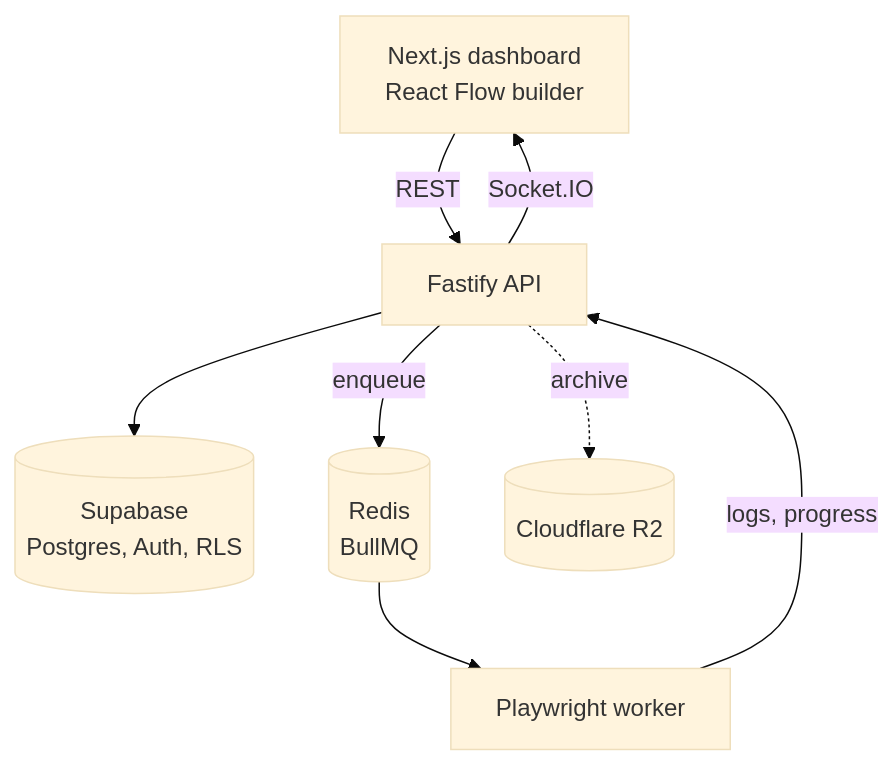
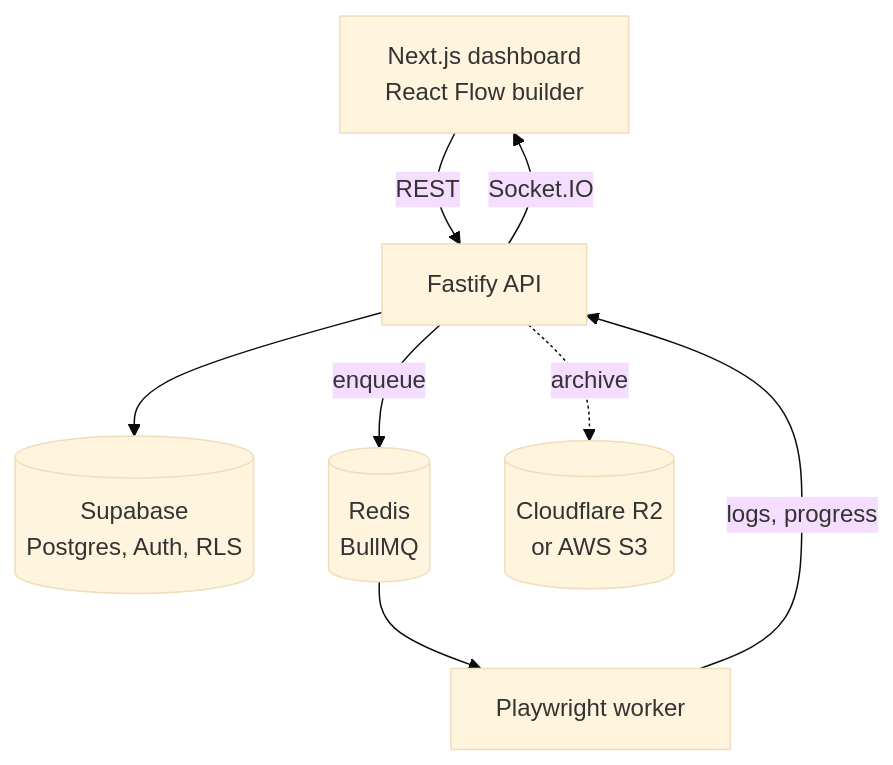
One commit to Exalt24/autoflow-pro changed the diagram in README.md. Above: the diagram before and after it, drawn with Mermaid (base theme). The commit also changed other lines of this file and 3 other files, not shown here.

````diff
--- a/README.md
+++ b/README.md
@@ -27,10 +27,10 @@
 ```mermaid
 flowchart TD
     UI["Next.js dashboard<br/>React Flow builder"] -- "REST" --> API["Fastify API"]
     API --> DB[("Supabase<br/>Postgres, Auth, RLS")]
     API -- "enqueue" --> Q[("Redis<br/>BullMQ")]
     Q --> W["Playwright worker"]
     W -- "logs, progress" --> API
     API -- "Socket.IO" --> UI
-    API -. "archive" .-> R2[("Cloudflare R2")]
+    API -. "archive" .-> R2[("Cloudflare R2<br/>or AWS S3")]
 ```
````
